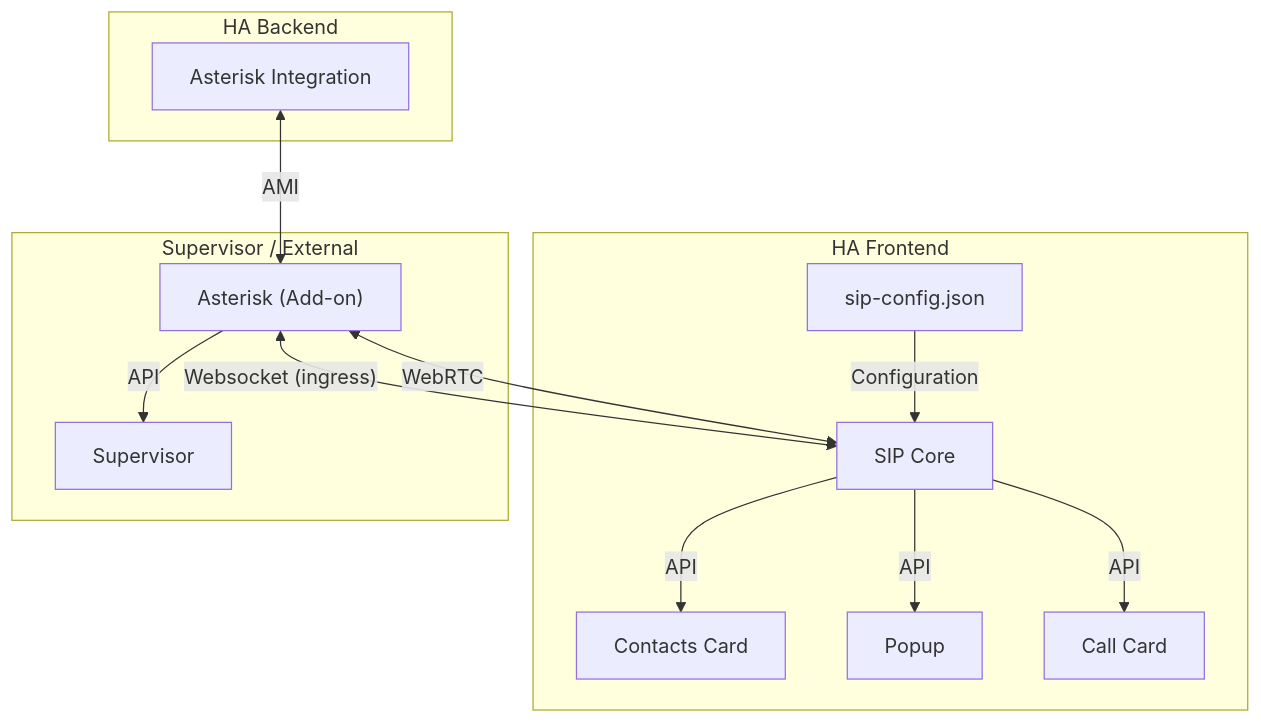
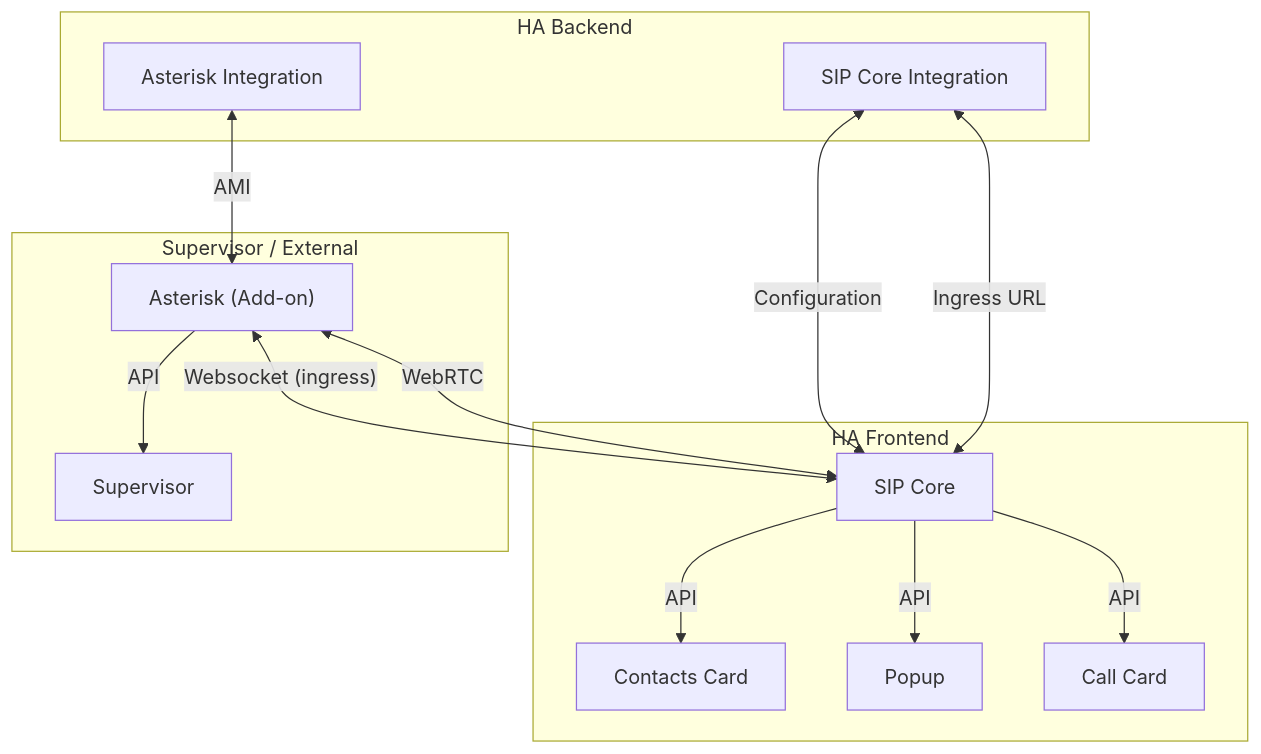
One commit to TECH7Fox/sip-hass-docs changed the diagram in docs/developers/introduction.md. Above: the diagram before and after it, drawn with Mermaid. The commit also changed other lines of this file, not shown here.

````diff
--- a/docs/developers/introduction.md
+++ b/docs/developers/introduction.md
@@ -27,19 +27,20 @@
 ```mermaid
 flowchart TD
     subgraph ha-frontend [HA Frontend]
         A[SIP Core] -->|API| B[Contacts Card]
         A -->|API| C[Popup]
         A -->|API| E[Call Card]
-        D[sip-config.json] -->|Configuration| A
     end
 
     subgraph supervisor [Supervisor / External]
         G["Asterisk (Add-on)"] --> |"API"| H[Supervisor]
         G <--> |"Websocket (ingress)"| A
         G <--> |"WebRTC"| A
     end
 
     subgraph ha-backend [HA Backend]
         I[Asterisk Integration] <--> |AMI| G
+        S[SIP Core Integration] <--> |Configuration| A
+        S <--> |Ingress URL| A
     end
 ```
````
